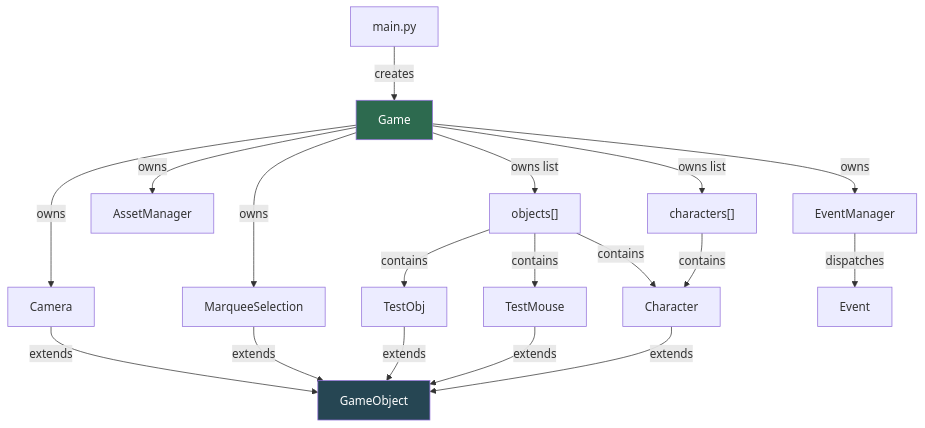
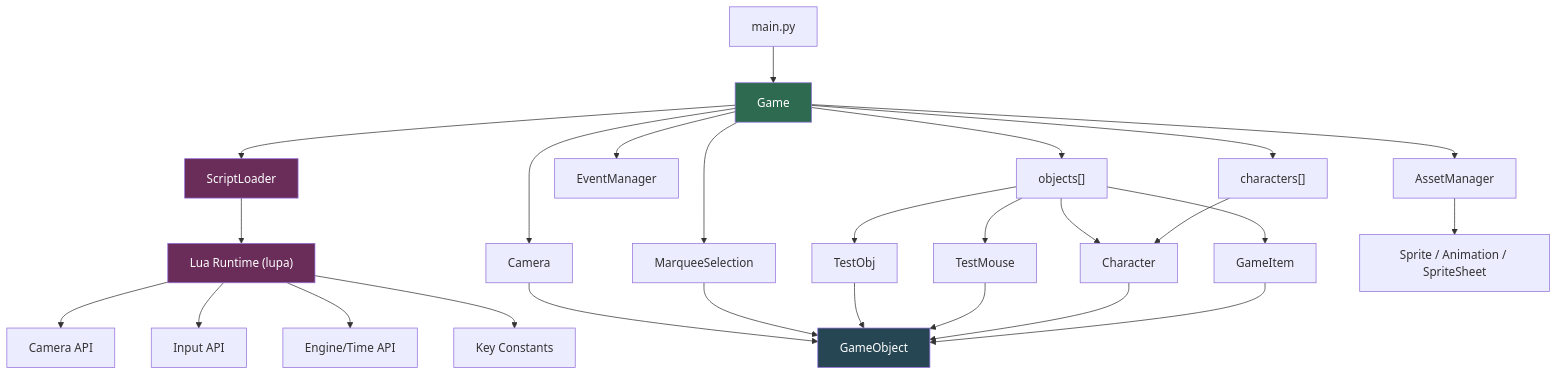
The diagram in Documentation.md (qla544865/ALEPH), drawn with Mermaid before and after one commit. The commit also changed other lines of this file and 24 other files, not shown here.

````diff
--- a/Documentation.md
+++ b/Documentation.md
@@ -90,27 +91,38 @@
 ```mermaid
 graph TD
-    MAIN["main.py"] -->|"creates"| GAME["Game"]
+    MAIN["main.py"] --> GAME["Game"]
 
-    GAME -->|"owns"| CAM["Camera"]
-    GAME -->|"owns"| SEL["MarqueeSelection"]
-    GAME -->|"owns"| EVT["EventManager"]
-    GAME -->|"owns"| AM["AssetManager"]
-    GAME -->|"owns list"| OBJS["objects[]"]
-    GAME -->|"owns list"| CHARS["characters[]"]
+    GAME --> AM["AssetManager"]
+    GAME --> SL["ScriptLoader"]
+    GAME --> CAM["Camera"]
+    GAME --> SEL["MarqueeSelection"]
+    GAME --> EVT["EventManager"]
+    GAME --> OBJS["objects[]"]
+    GAME --> CHARS["characters[]"]
 
-    OBJS -->|"contains"| TOBJ["TestObj"]
-    OBJS -->|"contains"| TMOUSE["TestMouse"]
-    OBJS -->|"contains"| CHAR["Character"]
-    CHARS -->|"contains"| CHAR
+    OBJS --> TOBJ["TestObj"]
+    OBJS --> TMOUSE["TestMouse"]
+    OBJS --> CHAR["Character"]
+    OBJS --> ITEM["GameItem"]
+    CHARS --> CHAR
 
-    CAM   -->|"extends"| GO["GameObject"]
-    SEL   -->|"extends"| GO
-    TOBJ  -->|"extends"| GO
-    TMOUSE-->|"extends"| GO
-    CHAR  -->|"extends"| GO
+    CAM   --> GO["GameObject"]
+    SEL   --> GO
+    TOBJ  --> GO
+    TMOUSE--> GO
+    CHAR  --> GO
+    ITEM  --> GO
 
-    EVT -->|"dispatches"| EV["Event"]
+    SL --> LUA["Lua Runtime (lupa)"]
+    LUA --> CAMAPI["Camera API"]
+    LUA --> INAPI["Input API"]
+    LUA --> ENGAPI["Engine/Time API"]
+    LUA --> KEYAPI["Key Constants"]
+
+    AM --> SPRITE["Sprite / Animation / SpriteSheet"]
 
     style GAME fill:#2d6a4f,color:#fff
     style GO   fill:#264653,color:#fff
+    style SL   fill:#6a2d5a,color:#fff
+    style LUA  fill:#6a2d5a,color:#fff
 ```
````
